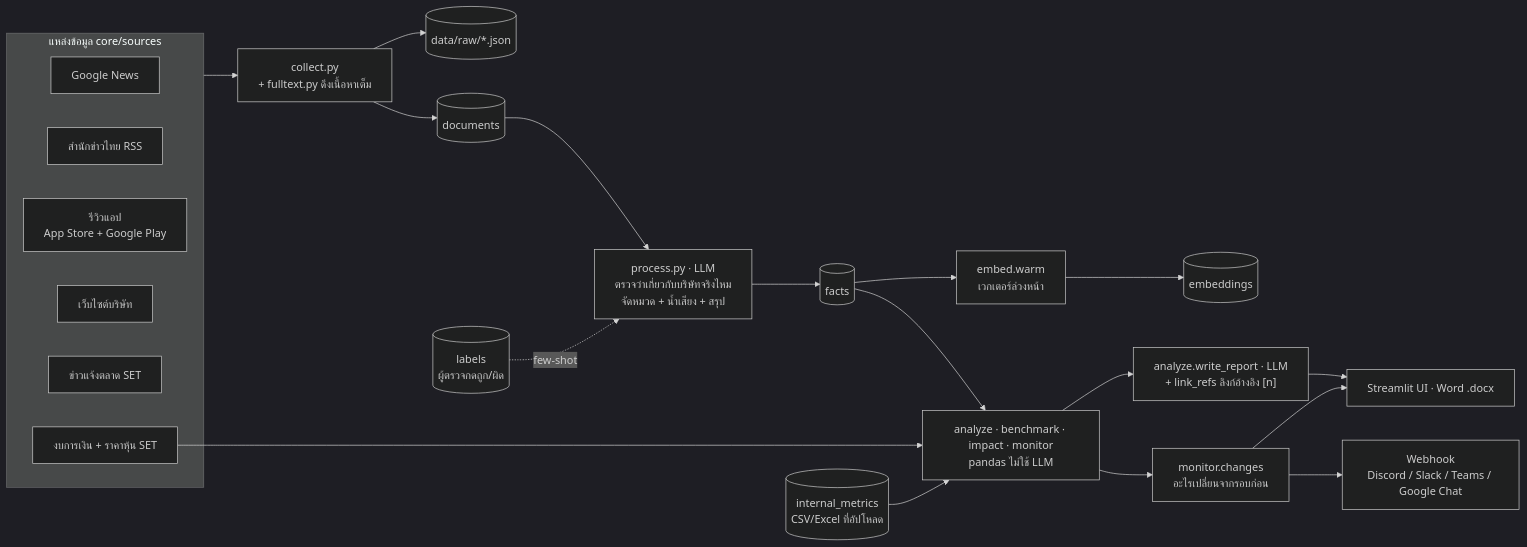
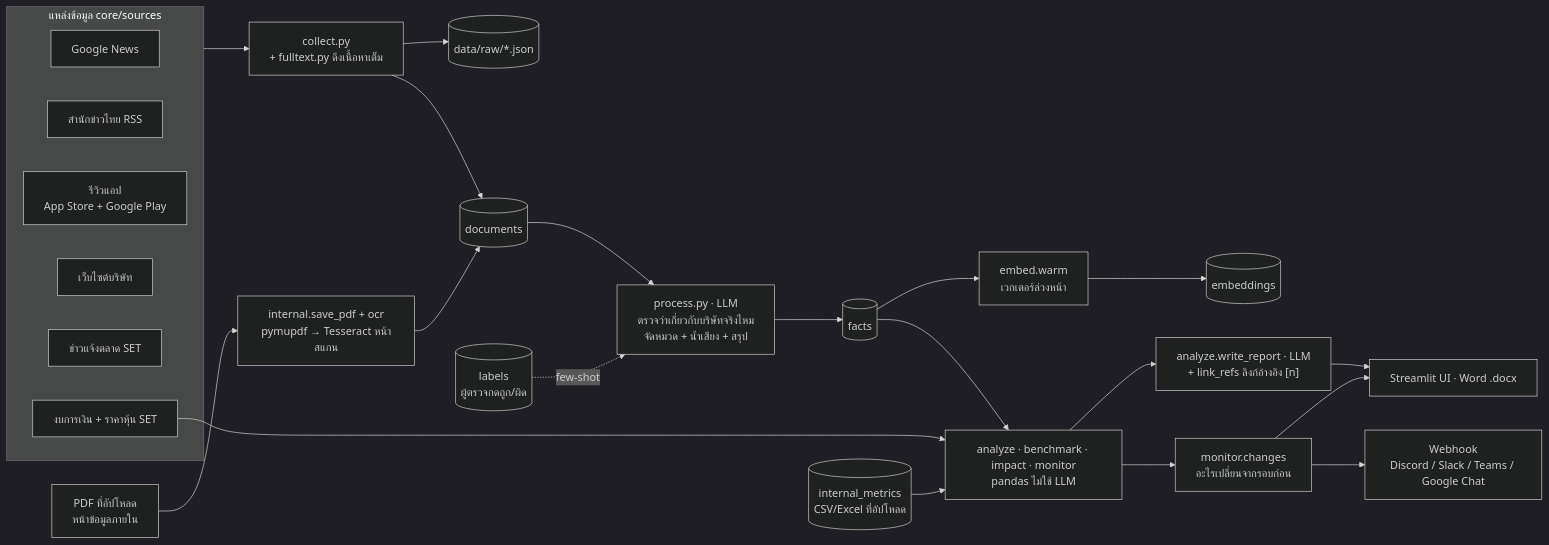
Before and after one commit to pepegummo/competitor-mockup: the first of 2 diagrams in docs/architecture.md, drawn with Mermaid (dark theme). The commit also changed other lines of this file and 3 other files, not shown here.

Commit message:
Docs: PDF upload and OCR (setup, usage, architecture, cloud deploy)

````diff
--- a/docs/architecture.md
+++ b/docs/architecture.md
@@ -37,27 +38,29 @@
 ```mermaid
 flowchart LR
     subgraph SRC["แหล่งข้อมูล core/sources"]
         GN["Google News"]
         RSS["สำนักข่าวไทย RSS"]
         AR["รีวิวแอป<br/>App Store + Google Play"]
         WEB["เว็บไซต์บริษัท"]
         SETN["ข่าวแจ้งตลาด SET"]
         SETF["งบการเงิน + ราคาหุ้น SET"]
     end
     SRC --> COL["collect.py<br/>+ fulltext.py ดึงเนื้อหาเต็ม"]
     COL --> RAW[("data/raw/*.json")]
     COL --> DOC[("documents")]
+    PDF["PDF ที่อัปโหลด<br/>หน้าข้อมูลภายใน"] --> OCRS["internal.save_pdf + ocr<br/>pymupdf → Tesseract หน้าสแกน"]
+    OCRS --> DOC
     DOC --> PROC["process.py · LLM<br/>ตรวจว่าเกี่ยวกับบริษัทจริงไหม<br/>จัดหมวด + น้ำเสียง + สรุป"]
     LAB[("labels<br/>ผู้ตรวจกดถูก/ผิด")] -.->|few-shot| PROC
     PROC --> FACT[("facts")]
     FACT --> EMB["embed.warm<br/>เวกเตอร์ล่วงหน้า"]
     EMB --> VEC[("embeddings")]
     FACT --> AN["analyze · benchmark · impact · monitor<br/>pandas ไม่ใช้ LLM"]
     SETF --> AN
     INT[("internal_metrics<br/>CSV/Excel ที่อัปโหลด")] --> AN
     AN --> REP["analyze.write_report · LLM<br/>+ link_refs ลิงก์อ้างอิง [n]"]
     AN --> CHG["monitor.changes<br/>อะไรเปลี่ยนจากรอบก่อน"]
     REP --> UI["Streamlit UI · Word .docx"]
     CHG --> UI
     CHG --> HOOK["Webhook<br/>Discord / Slack / Teams / Google Chat"]
 ```
````
